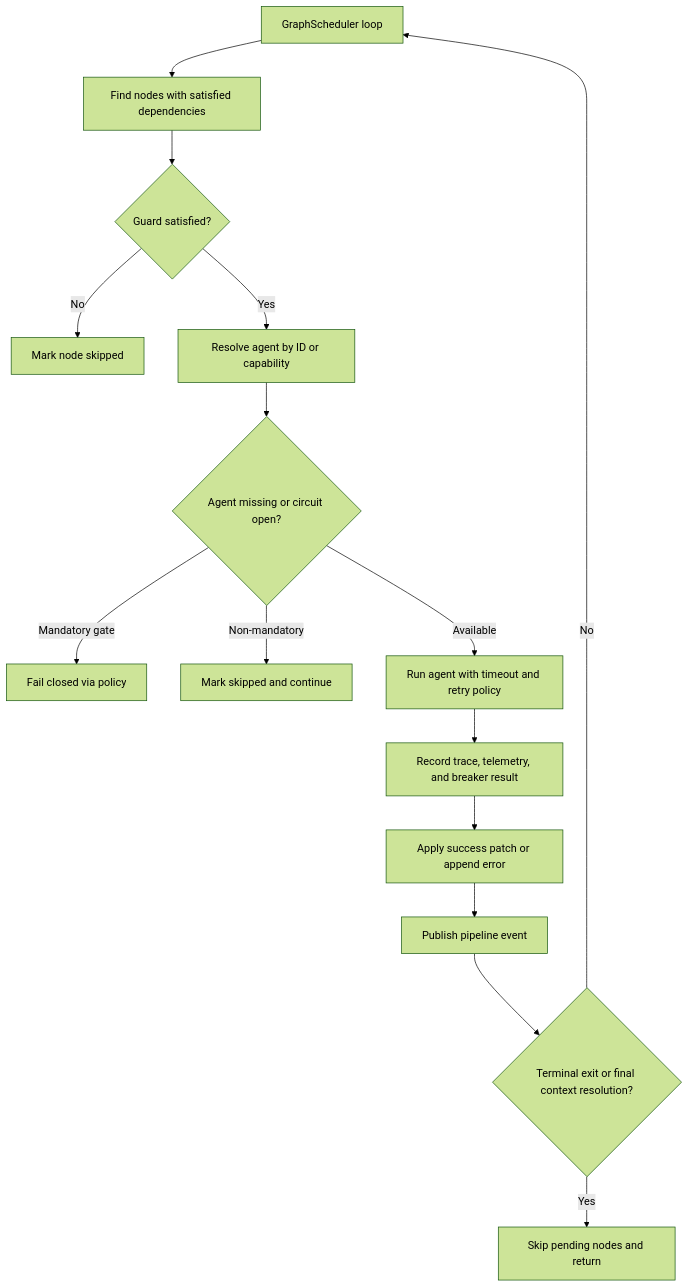
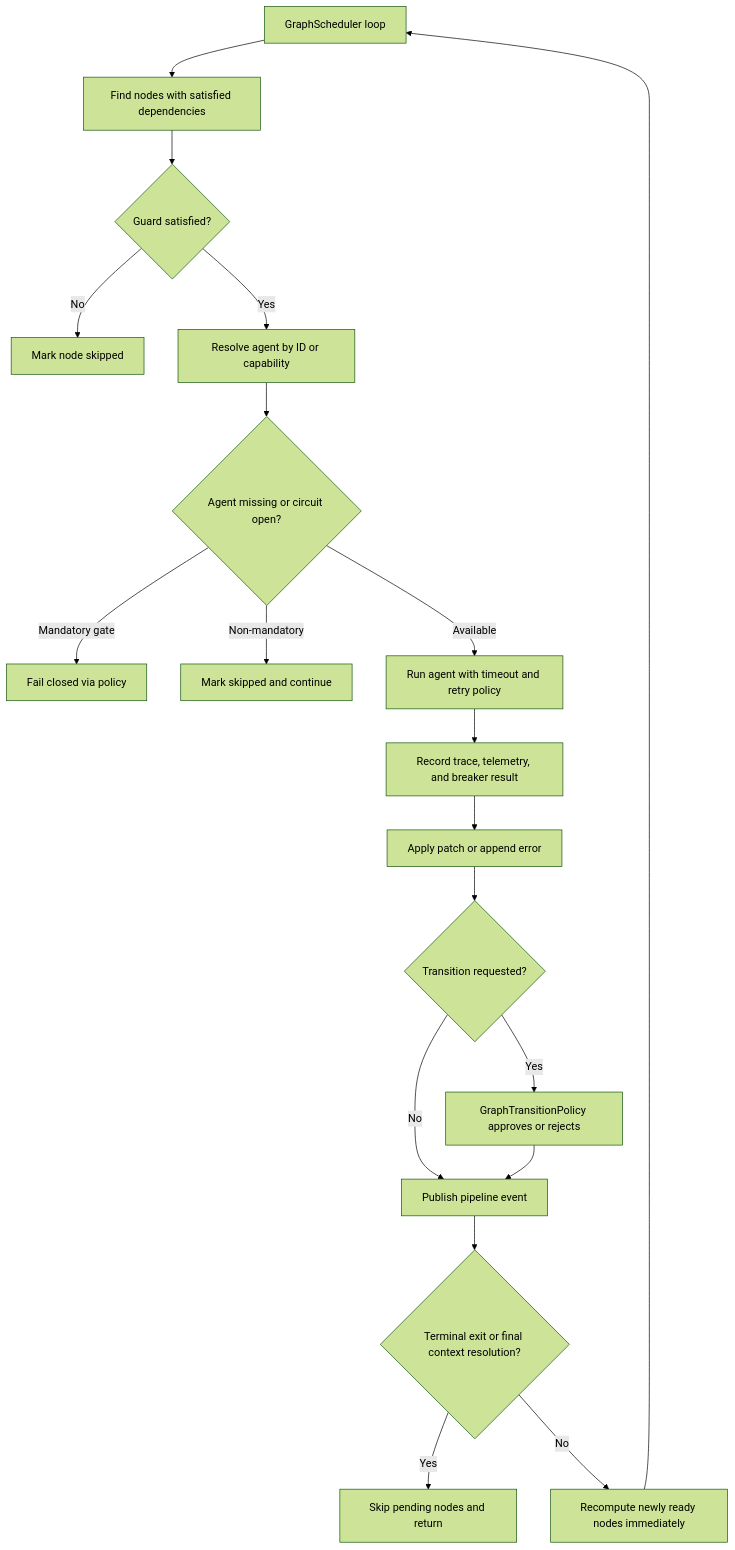
One commit to ksypinro/HomeAutomation changed the third of 3 diagrams in HomeAutomationCore/Sources/HomeAutomationOrchestrator/README.md. Above: the diagram before and after it, drawn with Mermaid (forest theme). The commit also changed other lines of this file and 18 other files, not shown here.

````diff
--- a/HomeAutomationCore/Sources/HomeAutomationOrchestrator/README.md
+++ b/HomeAutomationCore/Sources/HomeAutomationOrchestrator/README.md
@@ -144,17 +148,21 @@
 ```mermaid
 flowchart TD
     A["GraphScheduler loop"] --> B["Find nodes with satisfied dependencies"]
     B --> C{"Guard satisfied?"}
     C -->|No| D["Mark node skipped"]
     C -->|Yes| E["Resolve agent by ID or capability"]
     E --> F{"Agent missing or circuit open?"}
     F -->|Mandatory gate| G["Fail closed via policy"]
     F -->|Non-mandatory| H["Mark skipped and continue"]
     F -->|Available| I["Run agent with timeout and retry policy"]
     I --> J["Record trace, telemetry, and breaker result"]
-    J --> K["Apply success patch or append error"]
-    K --> L["Publish pipeline event"]
-    L --> M{"Terminal exit or final context resolution?"}
-    M -->|Yes| N["Skip pending nodes and return"]
-    M -->|No| A
+    J --> K["Apply patch or append error"]
+    K --> L{"Transition requested?"}
+    L -->|Yes| M["GraphTransitionPolicy approves or rejects"]
+    L -->|No| N["Publish pipeline event"]
+    M --> N
+    N --> O{"Terminal exit or final context resolution?"}
+    O -->|Yes| P["Skip pending nodes and return"]
+    O -->|No| Q["Recompute newly ready nodes immediately"]
+    Q --> A
 ```
````
